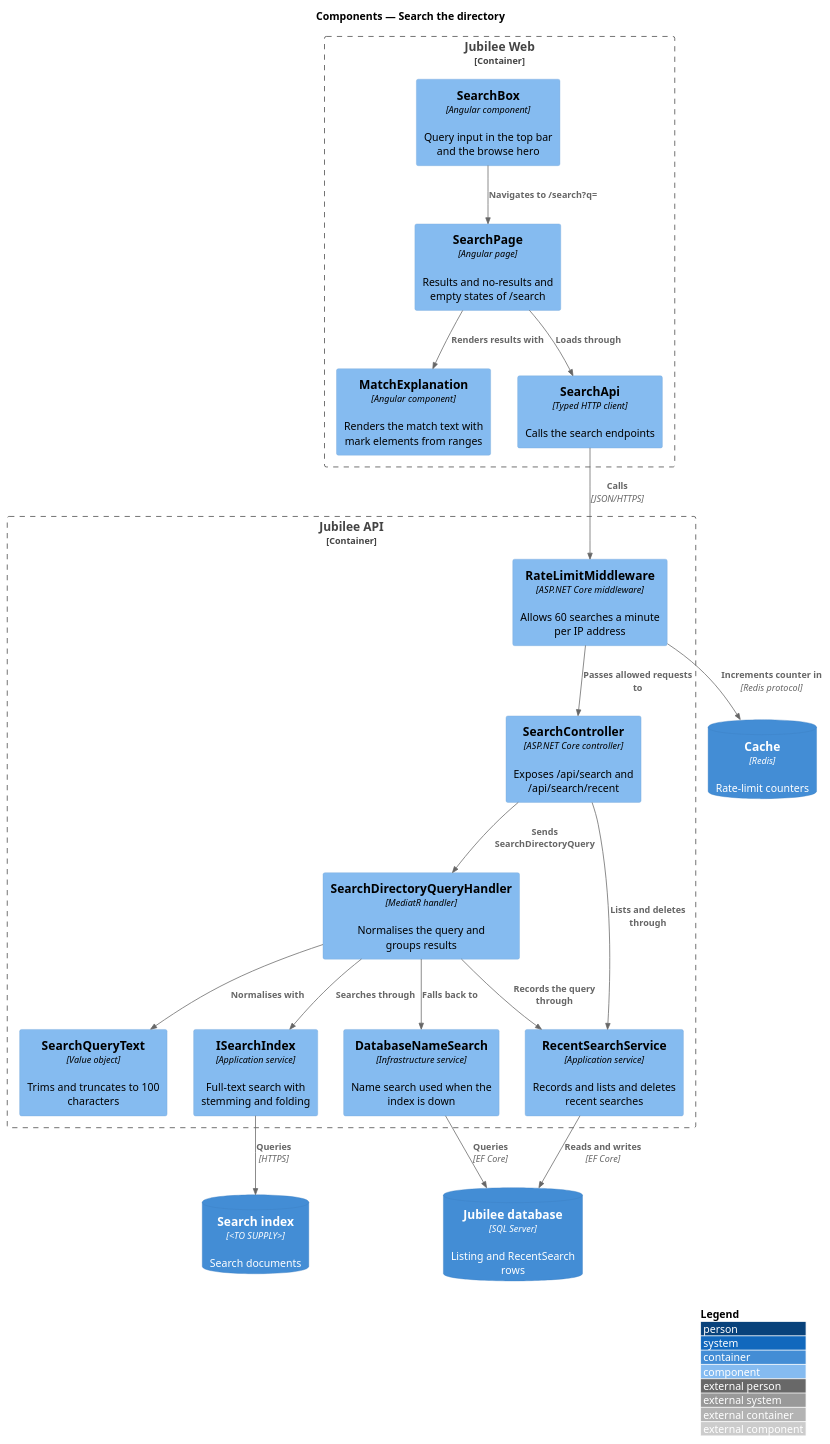
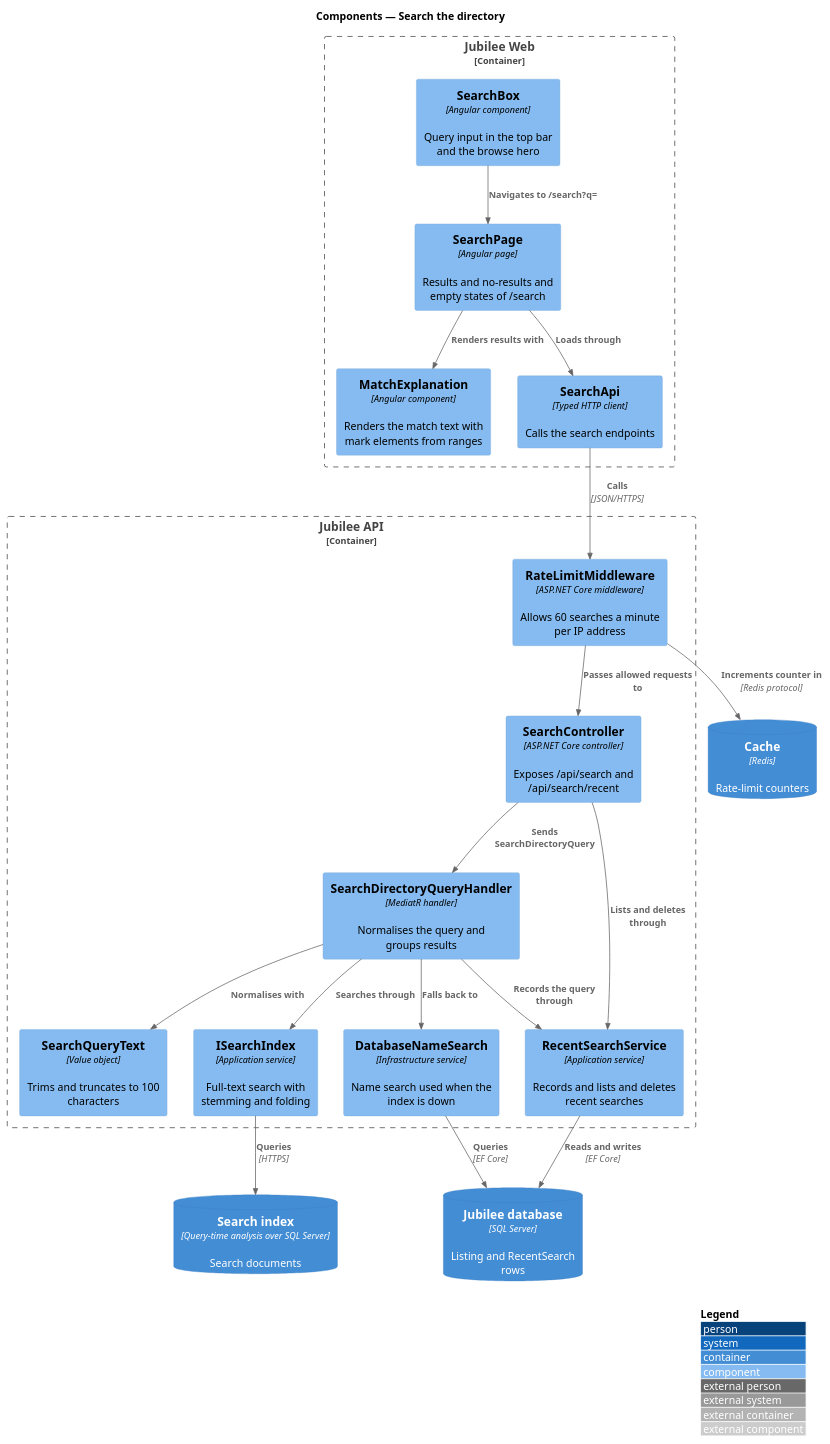
Before and after one commit to QuinntyneBrown/jubilee: the diagram in docs/detailed-designs/directory/search-directory/diagrams/c4-component.puml, drawn with PlantUML. The commit also changed 13 other files, not shown here.

Commit message:
Record the search index decision and align the search design and estimates

```diff
--- a/docs/detailed-designs/directory/search-directory/diagrams/c4-component.puml
+++ b/docs/detailed-designs/directory/search-directory/diagrams/c4-component.puml
@@ -1,40 +1,40 @@
 @startuml
 !include <C4/C4_Component>
 LAYOUT_WITH_LEGEND()
 title Components — Search the directory
 
 Container_Boundary(web, "Jubilee Web") {
   Component(box, "SearchBox", "Angular component", "Query input in the top bar and the browse hero")
   Component(page, "SearchPage", "Angular page", "Results and no-results and empty states of /search")
   Component(highlight, "MatchExplanation", "Angular component", "Renders the match text with mark elements from ranges")
   Component(client, "SearchApi", "Typed HTTP client", "Calls the search endpoints")
 }
 Container_Boundary(api, "Jubilee API") {
   Component(limit, "RateLimitMiddleware", "ASP.NET Core middleware", "Allows 60 searches a minute per IP address")
   Component(ctrl, "SearchController", "ASP.NET Core controller", "Exposes /api/search and /api/search/recent")
   Component(handler, "SearchDirectoryQueryHandler", "MediatR handler", "Normalises the query and groups results")
   Component(text, "SearchQueryText", "Value object", "Trims and truncates to 100 characters")
   Component(isearch, "ISearchIndex", "Application service", "Full-text search with stemming and folding")
   Component(fallback, "DatabaseNameSearch", "Infrastructure service", "Name search used when the index is down")
   Component(recent, "RecentSearchService", "Application service", "Records and lists and deletes recent searches")
 }
-ContainerDb(index, "Search index", "<TO SUPPLY>", "Search documents")
+ContainerDb(index, "Search index", "Query-time analysis over SQL Server", "Search documents")
 ContainerDb(cache, "Cache", "Redis", "Rate-limit counters")
 ContainerDb(db, "Jubilee database", "SQL Server", "Listing and RecentSearch rows")
 
 Rel(box, page, "Navigates to /search?q=")
 Rel(page, highlight, "Renders results with")
 Rel(page, client, "Loads through")
 Rel(client, limit, "Calls", "JSON/HTTPS")
 Rel(limit, cache, "Increments counter in", "Redis protocol")
 Rel(limit, ctrl, "Passes allowed requests to")
 Rel(ctrl, handler, "Sends SearchDirectoryQuery")
 Rel(ctrl, recent, "Lists and deletes through")
 Rel(handler, text, "Normalises with")
 Rel(handler, isearch, "Searches through")
 Rel(handler, fallback, "Falls back to")
 Rel(handler, recent, "Records the query through")
 Rel(isearch, index, "Queries", "HTTPS")
 Rel(fallback, db, "Queries", "EF Core")
 Rel(recent, db, "Reads and writes", "EF Core")
 @enduml
```
